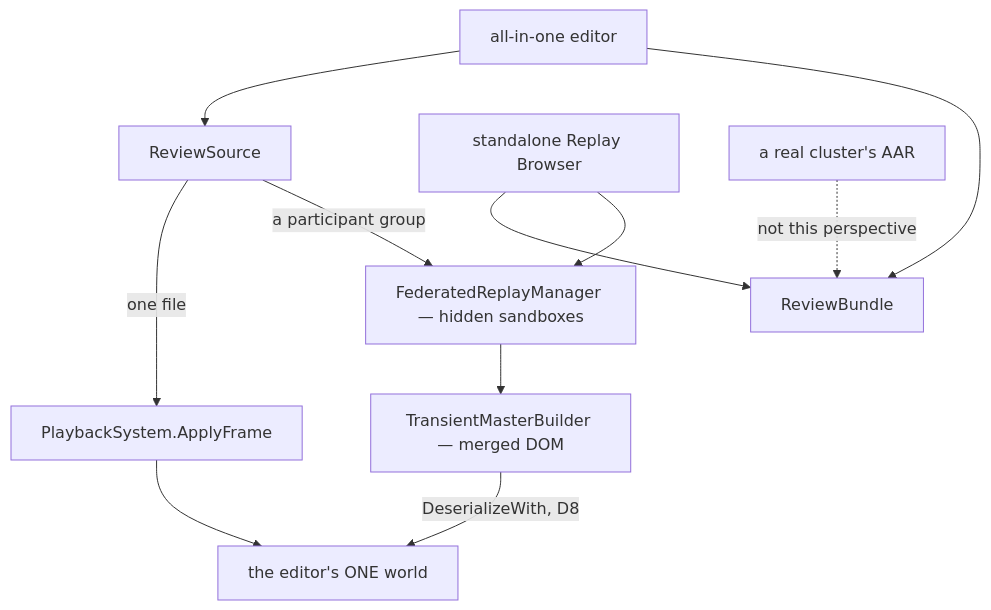
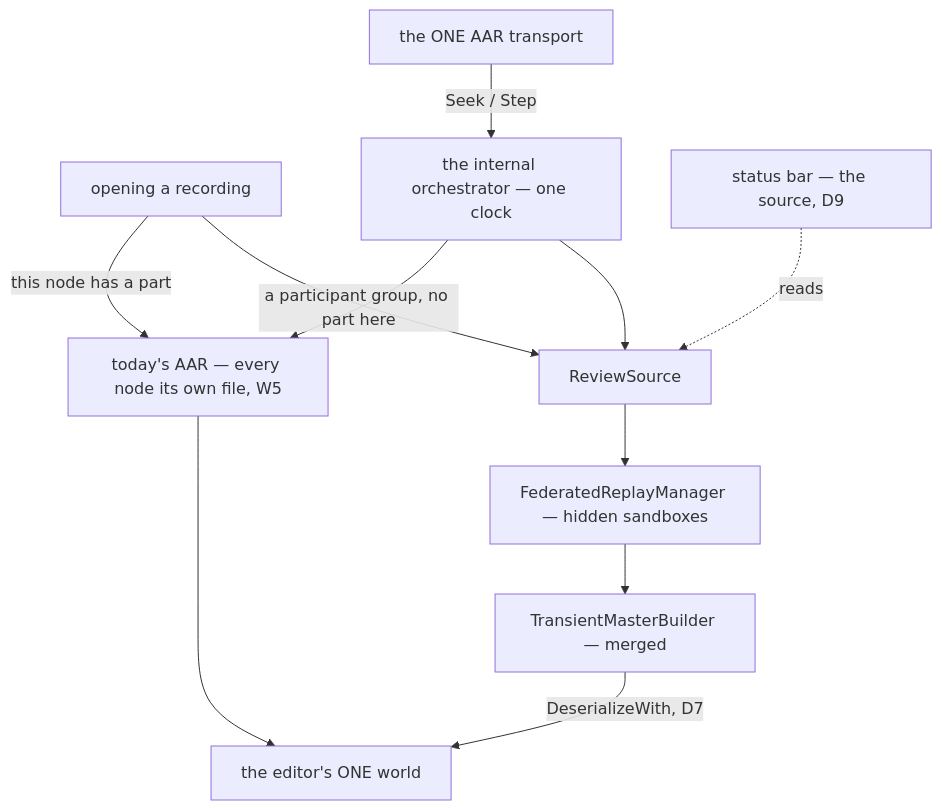
Before and after one commit to pjanec/HROT: the third of 6 diagrams in docs/UX/DESIGN_Review_Perspective.md, drawn with Mermaid. The commit also changed other lines of this file and 9 other files, not shown here.

First line of the commit message:
Review perspective fourth pass: one AAR, the source follows the files, ONE AAR transport, layout only, the source in the status bar; mockup; behaviors handoff re-issued (V1-V7); R-4170 seat text to the status bar (CE-4329, note to ui); CE-4328 AAR/DAR naming proposal

````diff
--- a/docs/UX/DESIGN_Review_Perspective.md
+++ b/docs/UX/DESIGN_Review_Perspective.md
@@ -166,13 +172,13 @@
 ```mermaid
 graph TD
-    E[all-in-one editor] --> RS[ReviewSource]
-    RS -->|one file| PB[PlaybackSystem.ApplyFrame]
-    RS -->|a participant group| FED[FederatedReplayManager — hidden sandboxes]
-    FED --> TMB[TransientMasterBuilder — merged DOM]
-    TMB -->|DeserializeWith, D8| W[the editor's ONE world]
-    PB --> W
-    E --> RB1[ReviewBundle]
-    RBS[standalone Replay Browser] --> RB1
-    RBS --> FED
-    CL[a real cluster's AAR] -. not this perspective .-> RB1
+    O[opening a recording] -->|this node has a part| A[today's AAR — every node its own file, W5]
+    O -->|a participant group, no part here| RS[ReviewSource]
+    RS --> FED[FederatedReplayManager — hidden sandboxes]
+    FED --> TMB[TransientMasterBuilder — merged]
+    TMB -->|DeserializeWith, D7| W[the editor's ONE world]
+    A --> W
+    T[the ONE AAR transport] -->|Seek / Step| C[the internal orchestrator — one clock]
+    C --> A
+    C --> RS
+    SB[status bar — the source, D9] -.reads.-> RS
 ```
````
